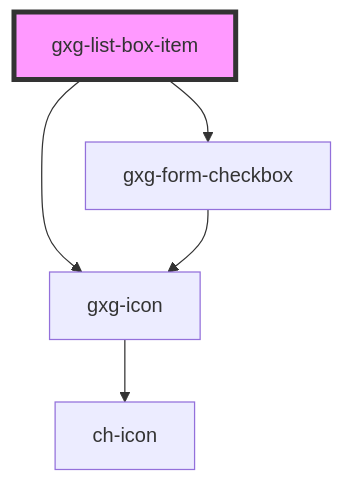
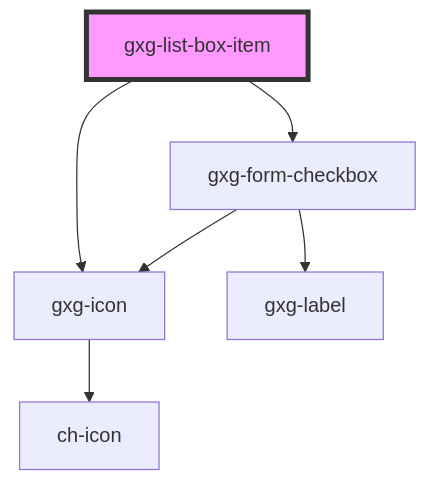
The diagram in src/components/list-box-item/readme.md (genexuslabs/gemini), drawn with Mermaid before and after one commit. The commit also changed 59 other files, not shown here.

Commit message:
update "label" with "gxg-label"

````diff
--- a/src/components/list-box-item/readme.md
+++ b/src/components/list-box-item/readme.md
@@ -32,8 +32,9 @@
 ```mermaid
 graph TD;
   gxg-list-box-item --> gxg-form-checkbox
   gxg-list-box-item --> gxg-icon
   gxg-form-checkbox --> gxg-icon
+  gxg-form-checkbox --> gxg-label
   gxg-icon --> ch-icon
   style gxg-list-box-item fill:#f9f,stroke:#333,stroke-width:4px
 ```
````
